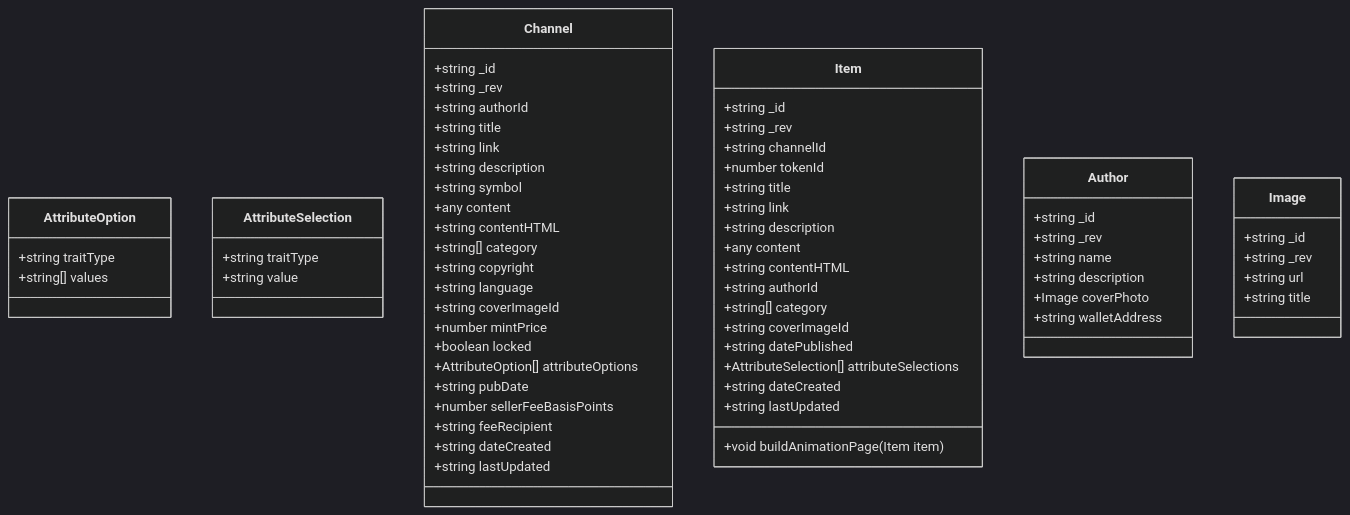
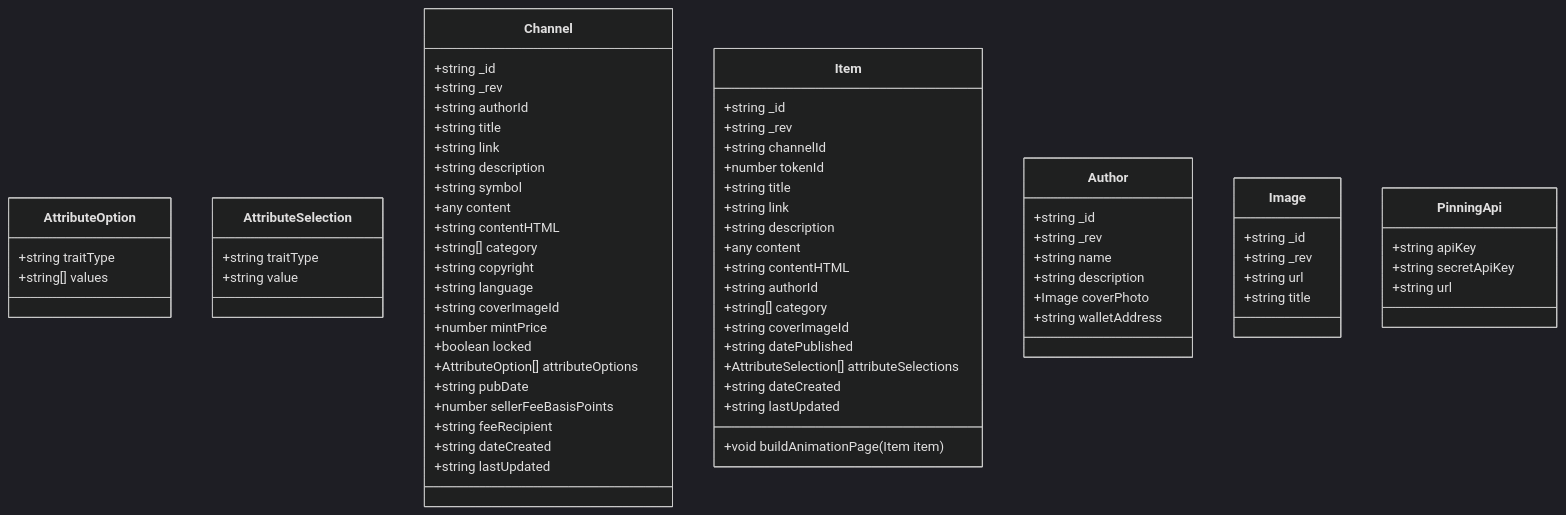
One commit to LargeNFT/large-nft changed the first of 2 diagrams in docs/uml.md. Above: the diagram before and after it, drawn with Mermaid (dark theme). The commit also changed other lines of this file and 12 other files, not shown here.

````diff
--- a/docs/uml.md
+++ b/docs/uml.md
@@ -86,4 +86,9 @@
 Image : +string url
 Image : +string title
 
+class PinningApi
+PinningApi : +string apiKey
+PinningApi : +string secretApiKey
+PinningApi : +string url
+
 ```
````
